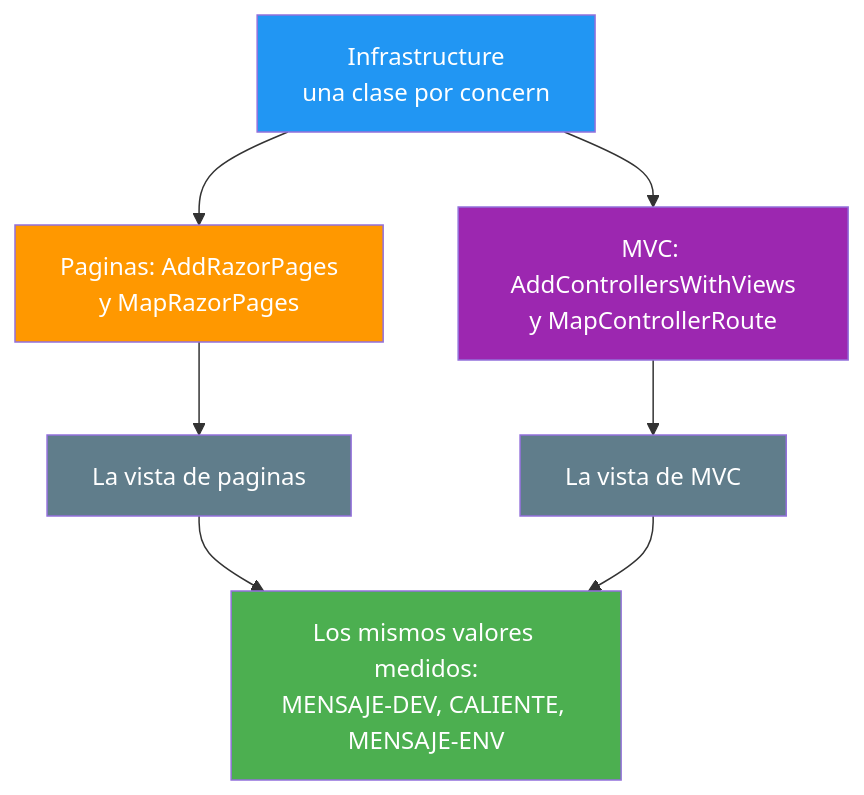
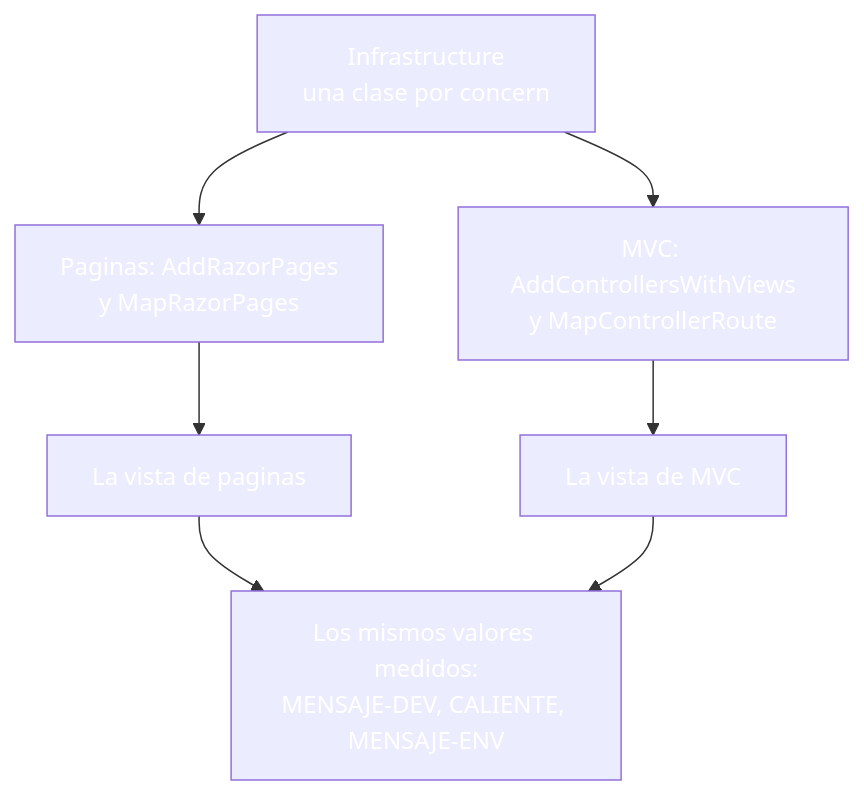
One commit to joseluisgs/DesarrolloWebEntornosServidor-03-2026-2027 changed the sixth of 7 diagrams in 20-configuracion-entornos.md. Above: the diagram before and after it, drawn with Mermaid. The commit also changed other lines of this file and 30 other files, not shown here.

````diff
--- a/20-configuracion-entornos.md
+++ b/20-configuracion-entornos.md
@@ -476,15 +476,15 @@
 ```mermaid
 graph TD
     I["Infrastructure<br/>una clase por concern"] --> P["Paginas: AddRazorPages<br/>y MapRazorPages"]
     I --> M["MVC: AddControllersWithViews<br/>y MapControllerRoute"]
     P --> V1["La vista de paginas"]
     M --> V2["La vista de MVC"]
     V1 --> R["Los mismos valores medidos:<br/>MENSAJE-DEV, CALIENTE, MENSAJE-ENV"]
     V2 --> R
-    style I fill:#2196F3,color:#fff
-    style P fill:#FF9800,color:#fff
-    style M fill:#9C27B0,color:#fff
-    style V1 fill:#607D8B,color:#fff
-    style V2 fill:#607D8B,color:#fff
-    style R fill:#4CAF50,color:#fff
+    style I fill:#2196F,color:#fff3,color:#fff
+    style P fill:#FF980,color:#fff0,color:#fff
+    style M fill:#9C27B,color:#fff0,color:#fff
+    style V1 fill:#607D8,color:#fffB,color:#fff
+    style V2 fill:#607D8,color:#fffB,color:#fff
+    style R fill:#4CAF5,color:#fff0,color:#fff
 ```
````
